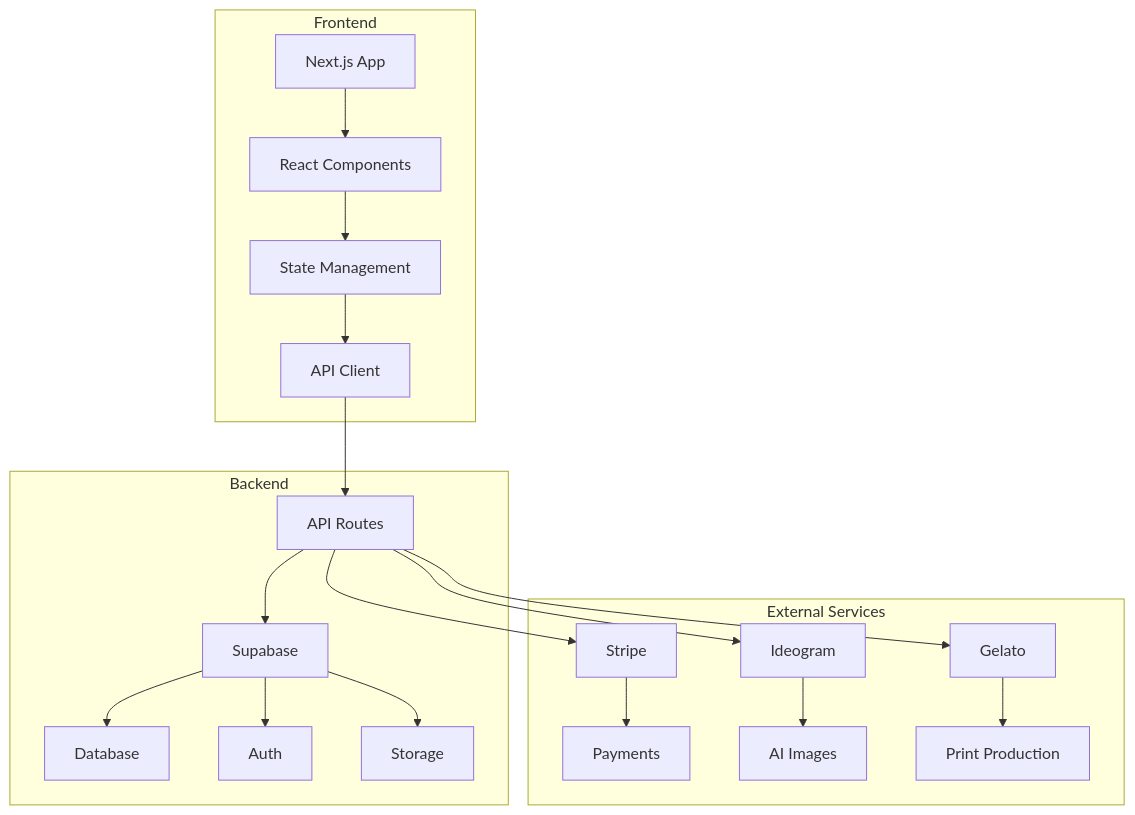
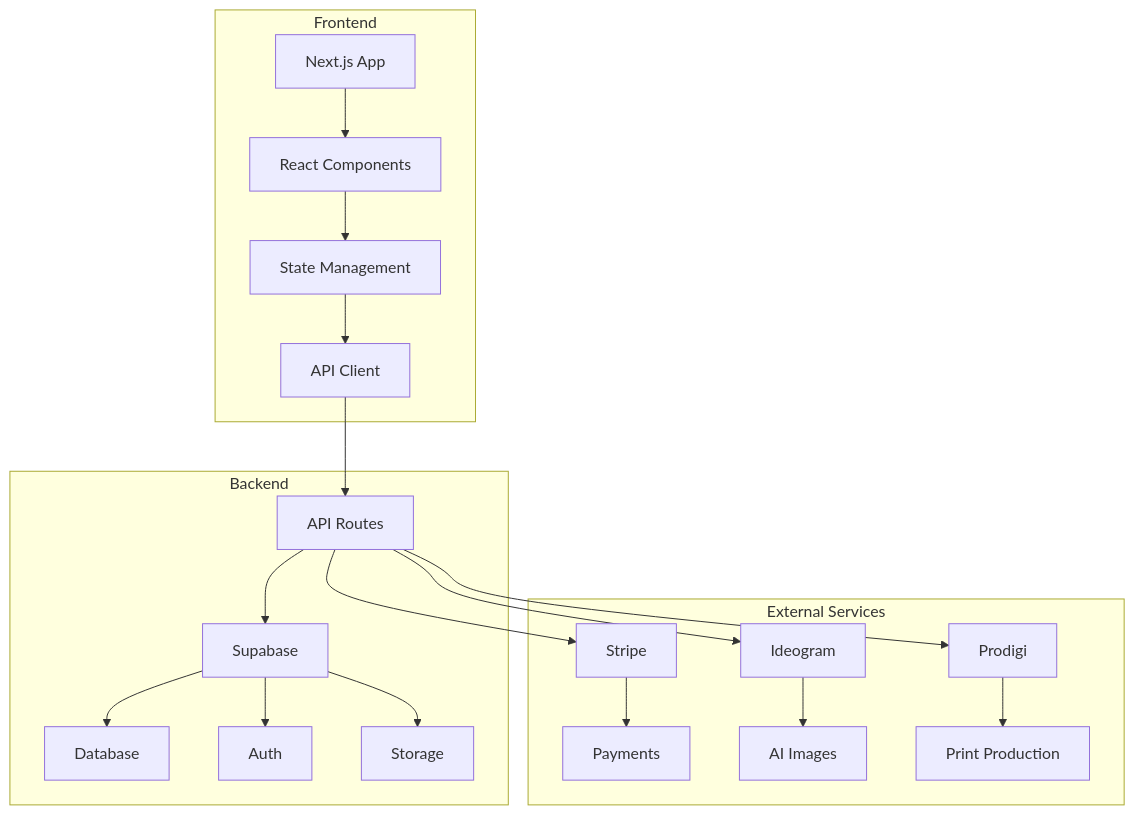
Before and after one commit to inboundr/art-framer: the diagram in README.md, drawn with Mermaid. The commit also changed other lines of this file and 55 other files, not shown here.

````diff
--- a/README.md
+++ b/README.md
@@ -95,26 +94,26 @@
 ```mermaid
 graph TB
     subgraph "Frontend"
         A[Next.js App] --> B[React Components]
         B --> C[State Management]
         C --> D[API Client]
     end
 
     subgraph "Backend"
         E[API Routes] --> F[Supabase]
         F --> G[Database]
         F --> H[Auth]
         F --> I[Storage]
     end
 
     subgraph "External Services"
         J[Stripe] --> K[Payments]
         L[Ideogram] --> M[AI Images]
-        N[Gelato] --> O[Print Production]
+        N[Prodigi] --> O[Print Production]
     end
 
     D --> E
     E --> J
     E --> L
     E --> N
 ```
````
